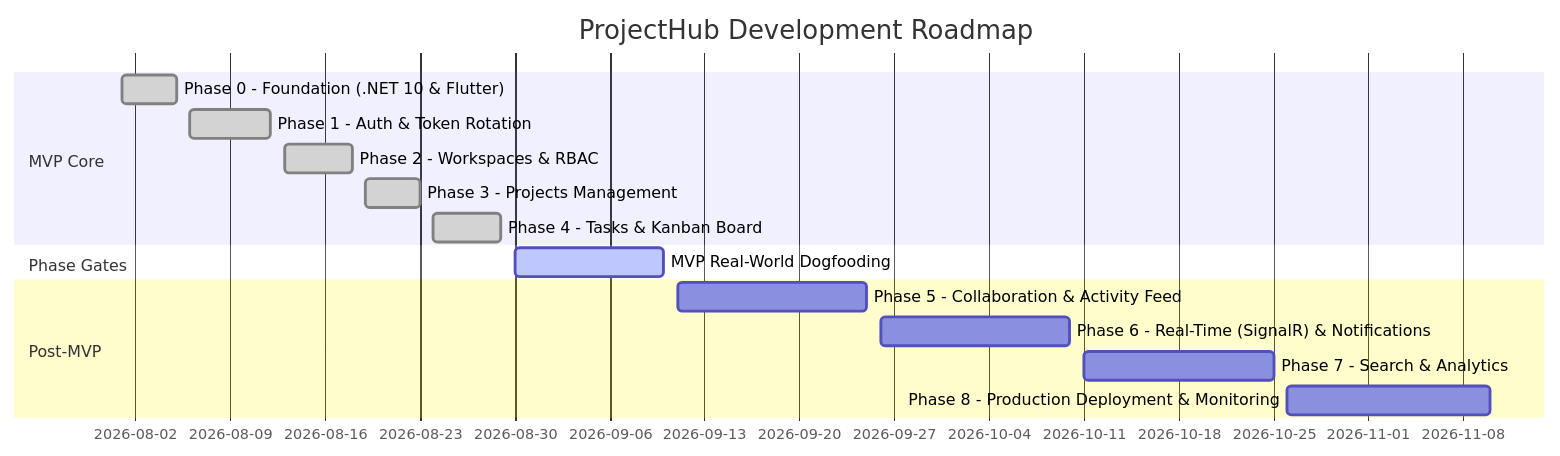
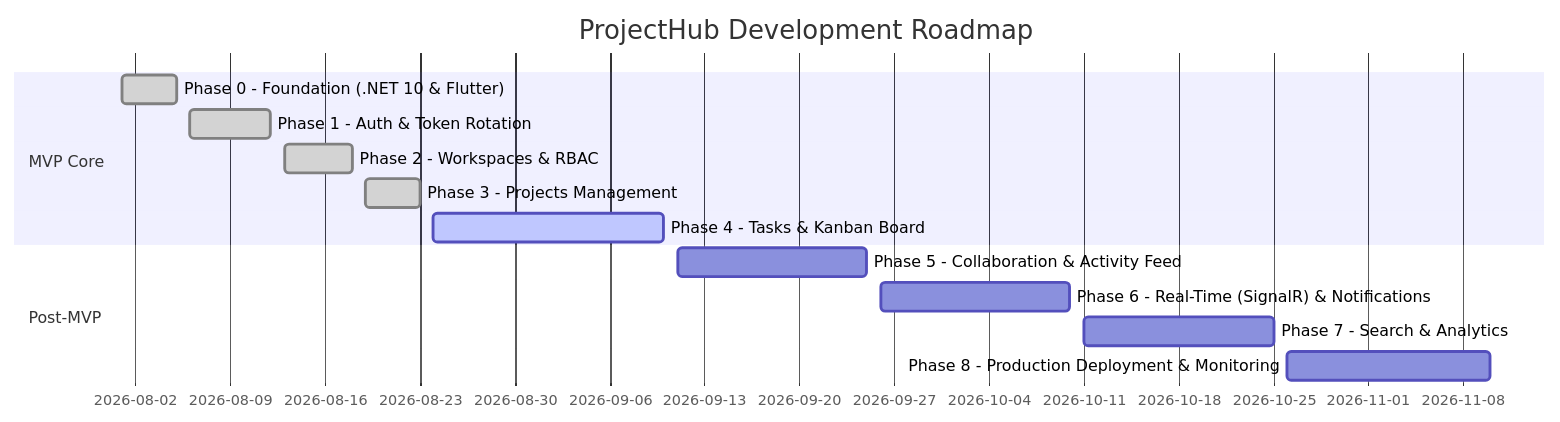
One commit to Clark605/ProjectHub changed the diagram in docs/prd.md. Above: the diagram before and after it, drawn with Mermaid. The commit also changed other lines of this file and 13 other files, not shown here.

First line of the commit message:
docs: add architecture decision records for project management

````diff
--- a/docs/prd.md
+++ b/docs/prd.md
@@ -92,18 +97,16 @@
 ```mermaid
 gantt
     title ProjectHub Development Roadmap
     dateFormat  YYYY-MM-DD
     section MVP Core
     Phase 0 - Foundation (.NET 10 & Flutter)      :done, 2026-08-01, 2026-08-05
     Phase 1 - Auth & Token Rotation              :done, 2026-08-06, 2026-08-12
     Phase 2 - Workspaces & RBAC                  :done, 2026-08-13, 2026-08-18
     Phase 3 - Projects Management                :done, 2026-08-19, 2026-08-23
-    Phase 4 - Tasks & Kanban Board               :done, 2026-08-24, 2026-08-29
-    section Phase Gates
-    MVP Real-World Dogfooding                    :active, 2026-08-30, 2026-09-10
+    Phase 4 - Tasks & Kanban Board               :active, 2026-08-24, 2026-09-10
     section Post-MVP
     Phase 5 - Collaboration & Activity Feed      :2026-09-11, 2026-09-25
     Phase 6 - Real-Time (SignalR) & Notifications:2026-09-26, 2026-10-10
     Phase 7 - Search & Analytics                 :2026-10-11, 2026-10-25
     Phase 8 - Production Deployment & Monitoring :2026-10-26, 2026-11-10
 ```
````
